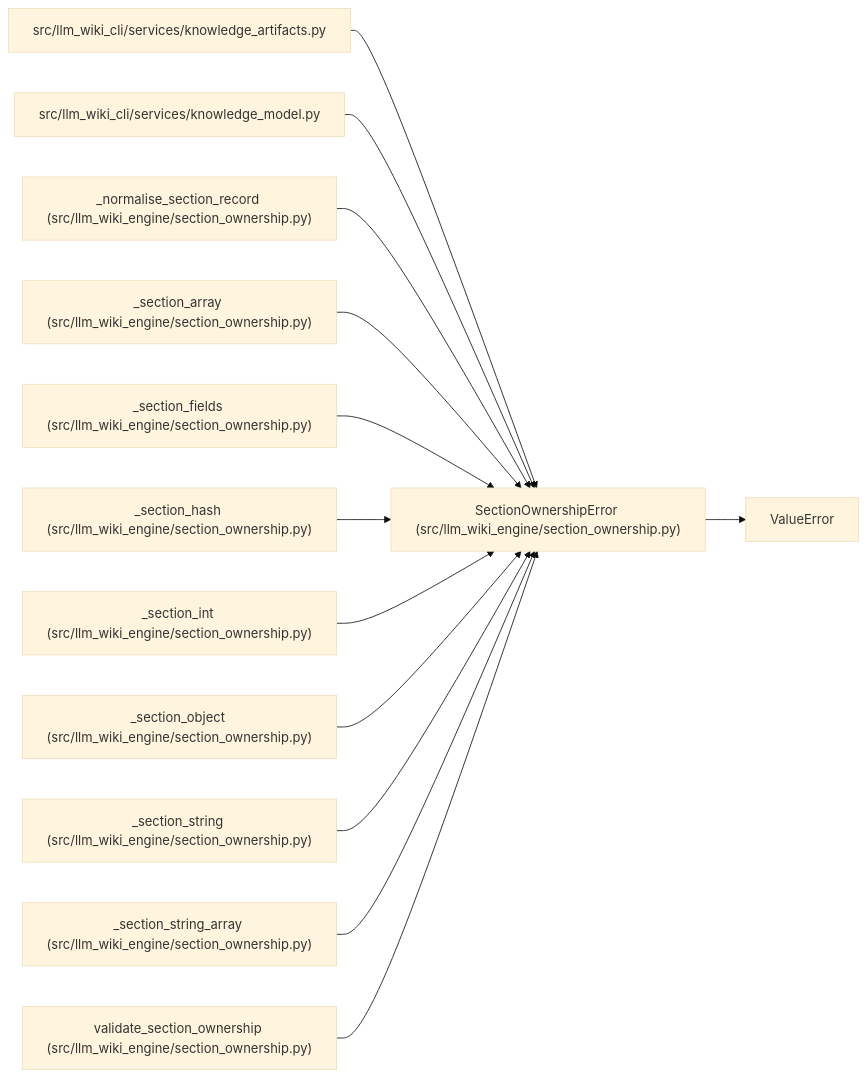
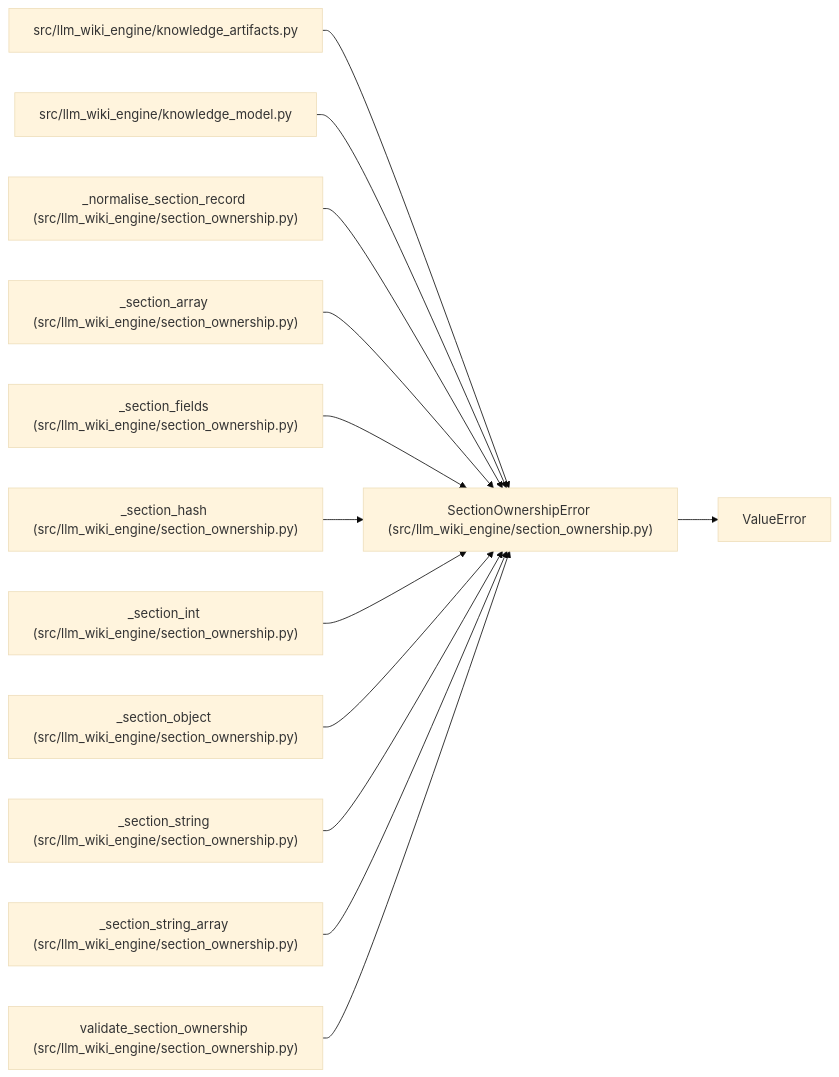
Before and after one commit to Denissvgn/python-wiki-llm: the diagram in docs/llm_wiki/entities/SectionOwnershipError.md, drawn with Mermaid (base theme). The commit also changed 1058 other files, not shown here.

First line of the commit message:
docs: refresh the wiki for the knowledge store move

````diff
--- a/docs/llm_wiki/entities/SectionOwnershipError.md
+++ b/docs/llm_wiki/entities/SectionOwnershipError.md
@@ -25,40 +25,40 @@
 ```mermaid
 flowchart LR
     n0["SectionOwnershipError (src/llm_wiki_engine/section_ownership.py)"]
     n1["ValueError"]
-    n2["src/llm_wiki_cli/services/knowledge_artifacts.py"]
-    n3["src/llm_wiki_cli/services/knowledge_model.py"]
+    n2["src/llm_wiki_engine/knowledge_artifacts.py"]
+    n3["src/llm_wiki_engine/knowledge_model.py"]
     n4["_normalise_section_record (src/llm_wiki_engine/section_ownership.py)"]
     n5["_section_array (src/llm_wiki_engine/section_ownership.py)"]
     n6["_section_fields (src/llm_wiki_engine/section_ownership.py)"]
     n7["_section_hash (src/llm_wiki_engine/section_ownership.py)"]
     n8["_section_int (src/llm_wiki_engine/section_ownership.py)"]
     n9["_section_object (src/llm_wiki_engine/section_ownership.py)"]
     n10["_section_string (src/llm_wiki_engine/section_ownership.py)"]
     n11["_section_string_array (src/llm_wiki_engine/section_ownership.py)"]
     n12["validate_section_ownership (src/llm_wiki_engine/section_ownership.py)"]
     n0 --> n1
     n2 --> n0
     n3 --> n0
     n4 --> n0
     n5 --> n0
     n6 --> n0
     n7 --> n0
     n8 --> n0
     n9 --> n0
     n10 --> n0
     n11 --> n0
     n12 --> n0
     click n0 "../modules/section_ownership.md"
     click n2 "../modules/knowledge_artifacts.md"
     click n3 "../modules/knowledge_model.md"
     click n4 "../modules/section_ownership.md"
     click n5 "../modules/section_ownership.md"
     click n6 "../modules/section_ownership.md"
     click n7 "../modules/section_ownership.md"
     click n8 "../modules/section_ownership.md"
     click n9 "../modules/section_ownership.md"
     click n10 "../modules/section_ownership.md"
     click n11 "../modules/section_ownership.md"
     click n12 "../modules/section_ownership.md"
 ```
````
